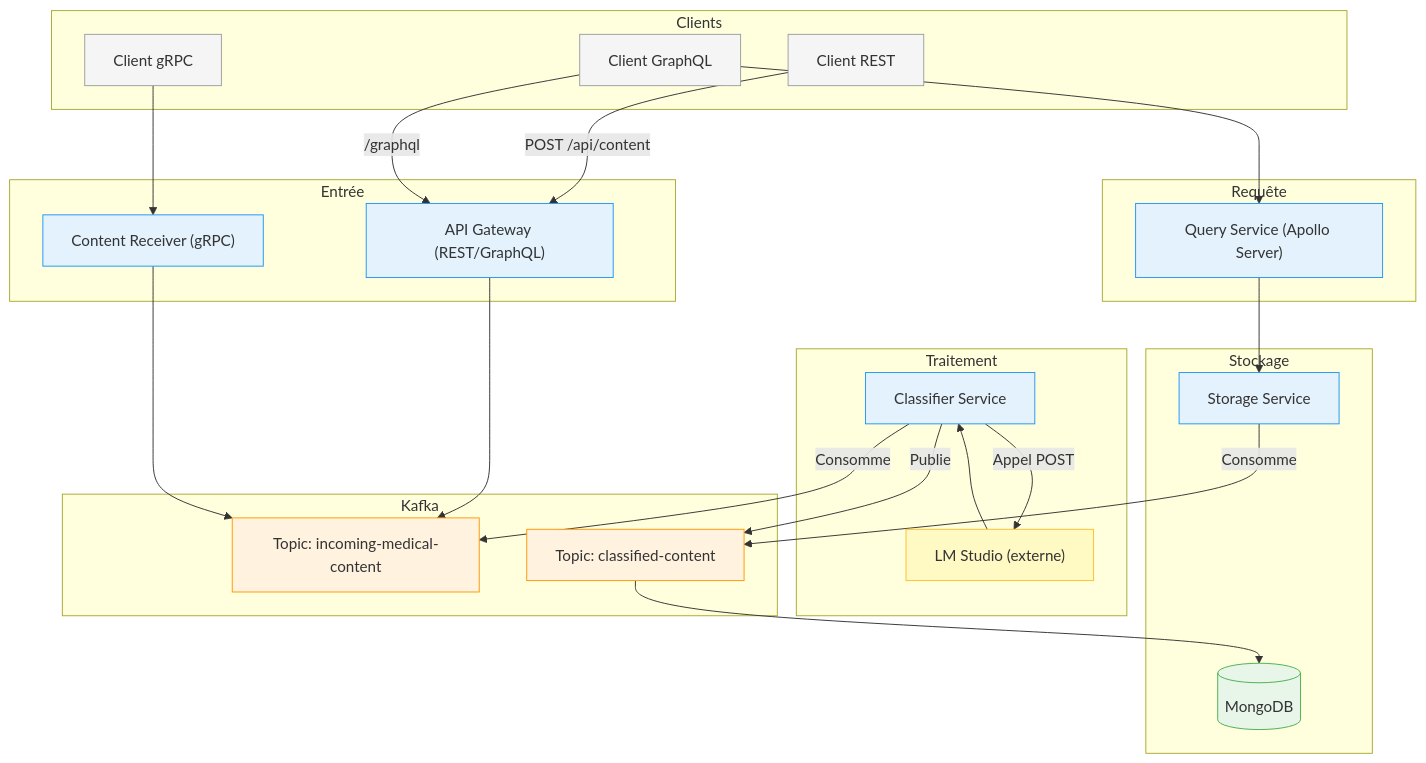
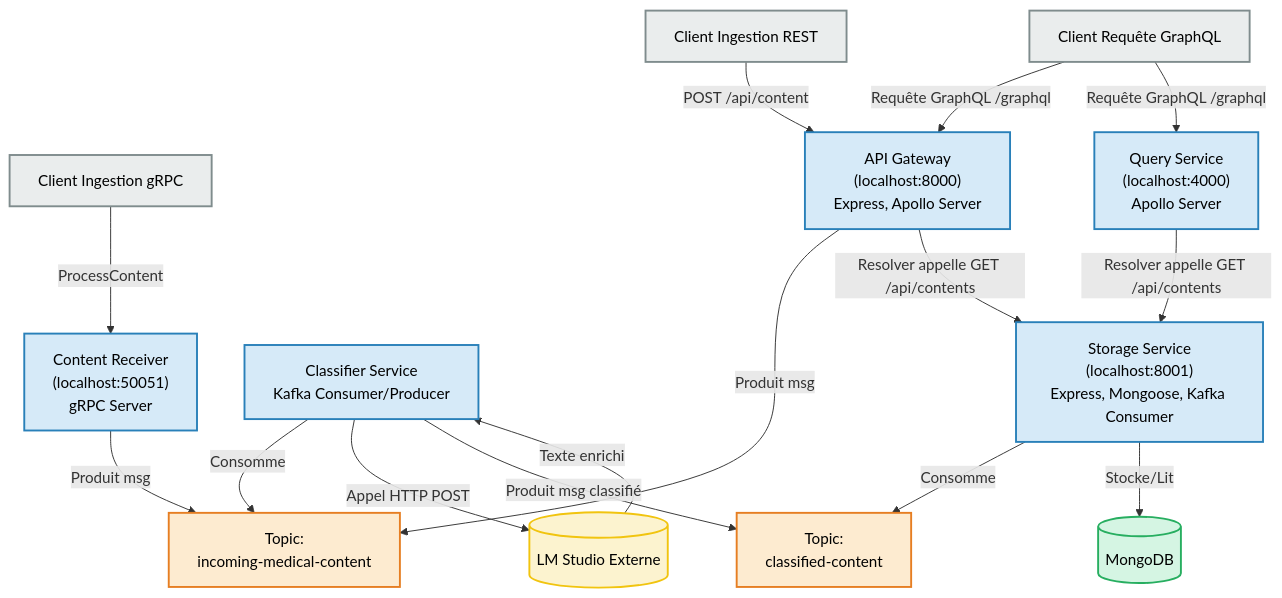
Before and after one commit to aminecharrada/Real_Time_Medical_Content_Pipeline: the diagram in README.md, drawn with Mermaid.

````diff
--- a/README.md
+++ b/README.md
@@ -50,53 +50,65 @@
 ```mermaid
 graph TD
-    subgraph Clients
-        ClientREST[Client REST]
-        ClientGRPC[Client gRPC]
-        ClientGraphQL[Client GraphQL]
-    end
+    %% Clients externes
+    ClientREST[Client Ingestion REST]
+    ClientGRPC[Client Ingestion gRPC]
+    ClientGraphQL[Client Requête GraphQL]
 
-    subgraph Entrée
-        APIGW["API Gateway (REST/GraphQL)"]
-        GRPCReceiver["Content Receiver (gRPC)"]
-    end
+    %% Points d'entrée & requêtes
+    APIGW["API Gateway<br>(localhost:8000)<br>Express, Apollo Server"]
+    GRPCReceiver["Content Receiver<br>(localhost:50051)<br>gRPC Server"]
+    GraphQLQuery["Query Service<br>(localhost:4000)<br>Apollo Server"]
 
-    subgraph Kafka
-        TopicIncoming["Topic: incoming-medical-content"]
-        TopicClassified["Topic: classified-content"]
-    end
+    %% Kafka Topics
+    TopicIncoming["Topic:<br>incoming-medical-content"]
+    TopicClassified["Topic:<br>classified-content"]
 
-    subgraph Traitement
-        Classifier["Classifier Service"]
-        LMStudio["LM Studio (externe)"]
-    end
+    %% Traitement
+    Classifier["Classifier Service<br>Kafka Consumer/Producer"]
+    LMStudio[(LM Studio Externe)]
 
-    subgraph Stockage
-        Storage["Storage Service"]
-        Mongo[(MongoDB)]
-    end
+    %% Stockage
+    Storage["Storage Service<br>(localhost:8001)<br>Express, Mongoose, Kafka Consumer"]
+    Mongo[(MongoDB)]
 
-    subgraph Requête
-        GraphQLQuery["Query Service (Apollo Server)"]
-    end
+    %% Ingestion Flow
+    ClientREST -->|"POST /api/content"| APIGW
+    APIGW -->|"Produit msg"| TopicIncoming
 
-    %% Relations
-    ClientREST -->|POST /api/content| APIGW --> TopicIncoming
-    ClientGRPC --> GRPCReceiver --> TopicIncoming
-    Classifier -->|Consomme| TopicIncoming
-    Classifier -->|Appel POST| LMStudio --> Classifier -->|Publie| TopicClassified
-    Storage -->|Consomme| TopicClassified --> Mongo
-    ClientGraphQL -->|/graphql| APIGW
-    ClientGraphQL --> GraphQLQuery --> Storage
+    ClientGRPC -->|"ProcessContent"| GRPCReceiver
+    GRPCReceiver -->|"Produit msg"| TopicIncoming
 
-    classDef service fill:#E3F2FD,stroke:#2196F3;
-    classDef db fill:#E8F5E9,stroke:#4CAF50;
-    classDef kafka fill:#FFF3E0,stroke:#FF9800;
-    classDef external fill:#FFF9C4,stroke:#FBC02D;
-    classDef client fill:#F5F5F5,stroke:#9E9E9E;
+    %% Traitement Flow
+    Classifier -->|"Consomme"| TopicIncoming
+    Classifier -->|"Appel HTTP POST"| LMStudio
+    LMStudio -->|"Texte enrichi"| Classifier
+    Classifier -->|"Produit msg classifié"| TopicClassified
 
-    class APIGW,GRPCReceiver,Classifier,Storage,GraphQLQuery service;
+    %% Stockage Flow
+    Storage -->|"Consomme"| TopicClassified
+    Storage -->|"Stocke/Lit"| Mongo
+
+    %% Requête Flow
+    ClientGraphQL -->|"Requête GraphQL /graphql"| APIGW
+    APIGW -->|"Resolver appelle GET /api/contents"| Storage
+
+    ClientGraphQL -->|"Requête GraphQL /graphql"| GraphQLQuery
+    GraphQLQuery -->|"Resolver appelle GET /api/contents"| Storage
+
+    %% Classes
+    classDef service fill:#D6EAF8,stroke:#2980B9,stroke-width:2px,color:#000;
+    class APIGW,GRPCReceiver,GraphQLQuery,Classifier,Storage service;
+
+    classDef topic fill:#FDEBD0,stroke:#E67E22,stroke-width:2px,color:#000;
+    class TopicIncoming,TopicClassified topic;
+
+    classDef db fill:#D5F5E3,stroke:#27AE60,stroke-width:2px,color:#000;
     class Mongo db;
-    class TopicIncoming,TopicClassified kafka;
+
+    classDef external fill:#FCF3CF,stroke:#F1C40F,stroke-width:2px,color:#000;
     class LMStudio external;
+
+    classDef client fill:#EAEDED,stroke:#7F8C8D,stroke-width:2px,color:#000;
     class ClientREST,ClientGRPC,ClientGraphQL client;
+
 ```
````
